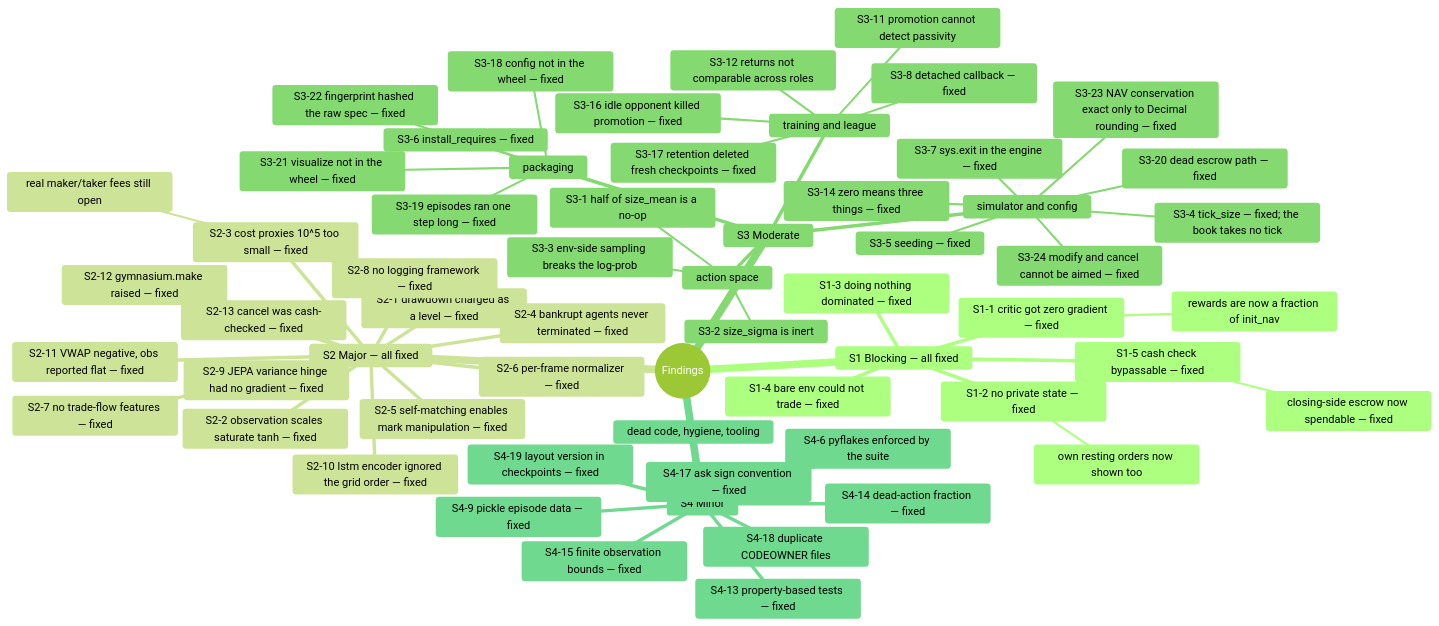
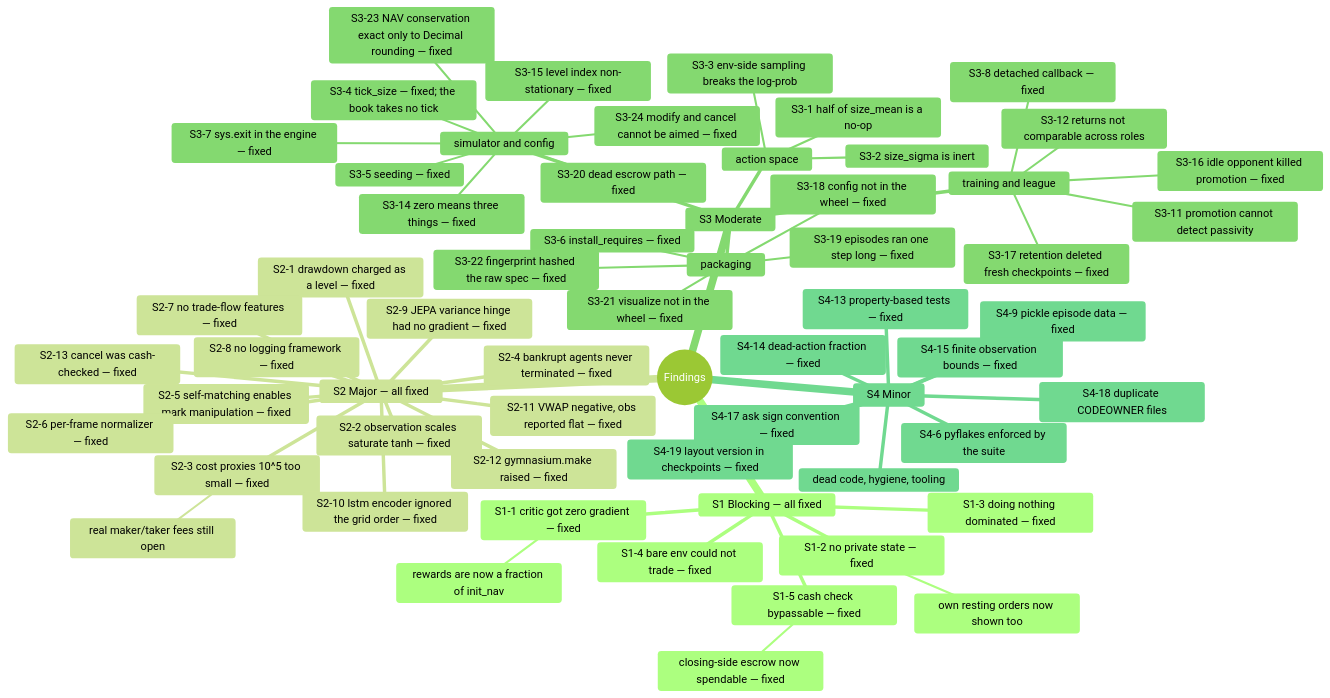
The diagram in doc/15_findings_and_recommendations.md (ChuaCheowHuan/gym-continuousDoubleAuction), drawn with Mermaid (forest theme) before and after one commit. The commit also changed other lines of this file and 40 other files, not shown here.

````diff
--- a/doc/15_findings_and_recommendations.md
+++ b/doc/15_findings_and_recommendations.md
@@ -11,63 +11,64 @@
 ```mermaid
 mindmap
   root((Findings))
     S1 Blocking — all fixed
       S1-1 critic got zero gradient — fixed
         rewards are now a fraction of init_nav
       S1-2 no private state — fixed
         own resting orders now shown too
       S1-3 doing nothing dominated — fixed
       S1-4 bare env could not trade — fixed
       S1-5 cash check bypassable — fixed
         closing-side escrow now spendable — fixed
     S2 Major — all fixed
       S2-1 drawdown charged as a level — fixed
       S2-2 observation scales saturate tanh — fixed
       S2-3 cost proxies 10^5 too small — fixed
         real maker/taker fees still open
       S2-4 bankrupt agents never terminated — fixed
       S2-5 self-matching enables mark manipulation — fixed
       S2-6 per-frame normalizer — fixed
       S2-7 no trade-flow features — fixed
       S2-8 no logging framework — fixed
       S2-9 JEPA variance hinge had no gradient — fixed
       S2-10 lstm encoder ignored the grid order — fixed
       S2-11 VWAP negative, obs reported flat — fixed
       S2-12 gymnasium.make raised — fixed
       S2-13 cancel was cash-checked — fixed
     S3 Moderate
       action space
         S3-1 half of size_mean is a no-op
         S3-2 size_sigma is inert
         S3-3 env-side sampling breaks the log-prob
       simulator and config
         S3-4 tick_size — fixed; the book takes no tick
         S3-5 seeding — fixed
         S3-7 sys.exit in the engine — fixed
         S3-23 NAV conservation exact only to Decimal rounding — fixed
         S3-24 modify and cancel cannot be aimed — fixed
         S3-14 zero means three things — fixed
+        S3-15 level index non-stationary — fixed
         S3-20 dead escrow path — fixed
       training and league
         S3-8 detached callback — fixed
         S3-11 promotion cannot detect passivity
         S3-12 returns not comparable across roles
         S3-16 idle opponent killed promotion — fixed
         S3-17 retention deleted fresh checkpoints — fixed
       packaging
         S3-6 install_requires — fixed
         S3-18 config not in the wheel — fixed
         S3-19 episodes ran one step long — fixed
         S3-21 visualize not in the wheel — fixed
         S3-22 fingerprint hashed the raw spec — fixed
     S4 Minor
       dead code, hygiene, tooling
       S4-9 pickle episode data — fixed
       S4-6 pyflakes enforced by the suite
       S4-13 property-based tests — fixed
       S4-14 dead-action fraction — fixed
       S4-15 finite observation bounds — fixed
       S4-17 ask sign convention — fixed
       S4-18 duplicate CODEOWNER files
       S4-19 layout version in checkpoints — fixed
 ```
````
